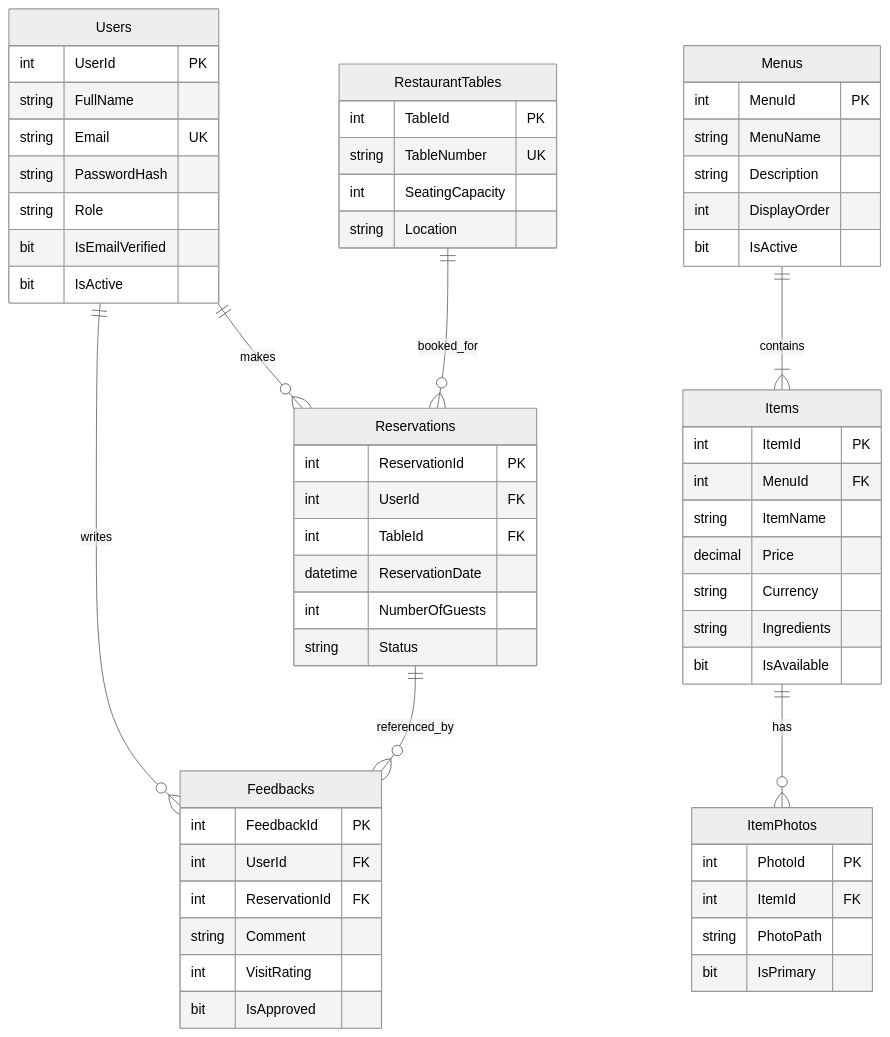
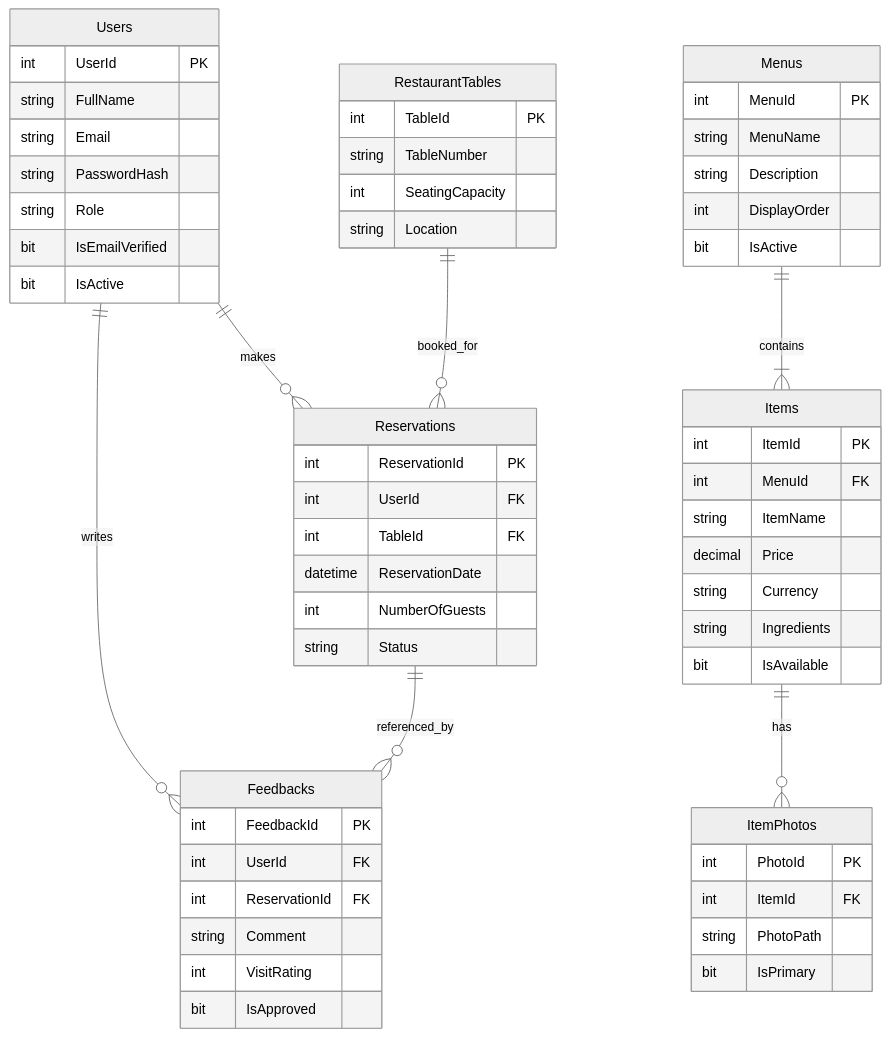
Before and after one commit to seifkhodr/RestaurantCMS: the first of 2 diagrams in README.md, drawn with Mermaid (neutral theme). The commit also changed other lines of this file, not shown here.

Commit message:
Fix Mermaid diagrams syntax for GitHub rendering

````diff
--- a/README.md
+++ b/README.md
@@ -282,69 +282,69 @@
 ```mermaid
 erDiagram
-    Users ||--o{ Reservations : makes
-    Users ||--o{ Feedbacks : writes
-    Menus ||--|{ Items : contains
-    Items ||--o{ ItemPhotos : has
-    RestaurantTables ||--o{ Reservations : booked_for
-    Reservations ||--o{ Feedbacks : referenced_by
+    Users ||--o{ Reservations : "makes"
+    Users ||--o{ Feedbacks : "writes"
+    Menus ||--|{ Items : "contains"
+    Items ||--o{ ItemPhotos : "has"
+    RestaurantTables ||--o{ Reservations : "booked_for"
+    Reservations ||--o{ Feedbacks : "referenced_by"
 
     Users {
         int UserId PK
         string FullName
-        string Email UK
+        string Email
         string PasswordHash
         string Role
         bit IsEmailVerified
         bit IsActive
     }
 
     Menus {
         int MenuId PK
         string MenuName
         string Description
         int DisplayOrder
         bit IsActive
     }
 
     Items {
         int ItemId PK
         int MenuId FK
         string ItemName
         decimal Price
         string Currency
         string Ingredients
         bit IsAvailable
     }
 
     ItemPhotos {
         int PhotoId PK
         int ItemId FK
         string PhotoPath
         bit IsPrimary
     }
 
     RestaurantTables {
         int TableId PK
-        string TableNumber UK
+        string TableNumber
         int SeatingCapacity
         string Location
     }
 
     Reservations {
         int ReservationId PK
         int UserId FK
         int TableId FK
         datetime ReservationDate
         int NumberOfGuests
         string Status
     }
 
     Feedbacks {
         int FeedbackId PK
         int UserId FK
         int ReservationId FK
         string Comment
         int VisitRating
         bit IsApproved
     }
 ```
````
